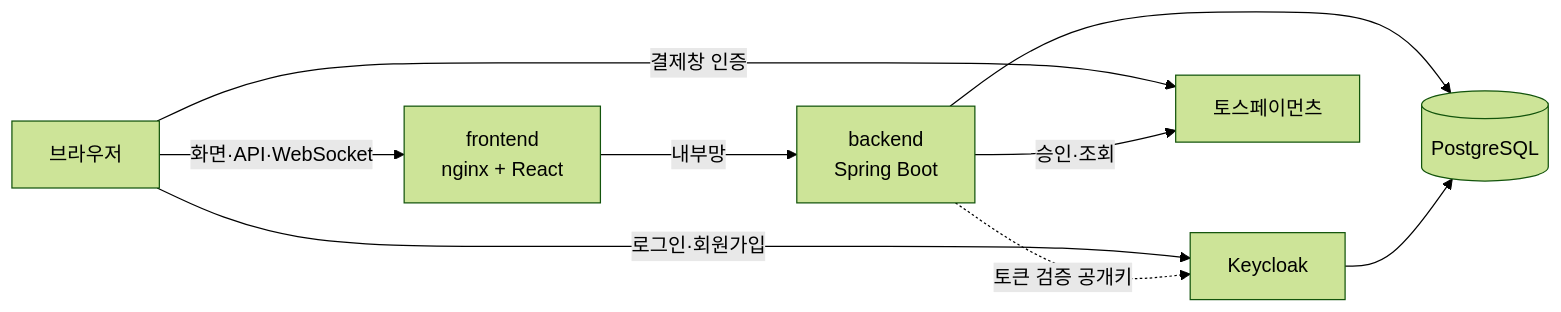
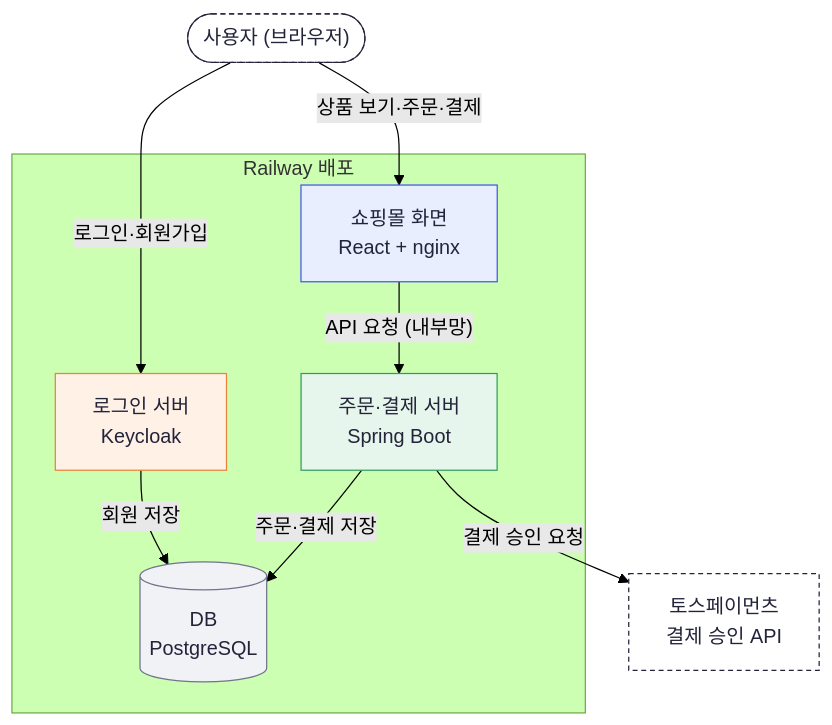
One commit to lee-gimoon/payment-service changed the diagram in README.md. Above: the diagram before and after it, drawn with Mermaid (forest theme). The commit also changed other lines of this file, not shown here.

Commit message:
docs: redraw the README system diagram top to bottom
Lay the services out top to bottom so arrows no longer cross, name each
box by its role (store page, order and payment server, login server),
color the roles, and move the payment window and token checks into the
text below the diagram.

````diff
--- a/README.md
+++ b/README.md
@@ -24,11 +24,31 @@
 ```mermaid
-flowchart LR
-    Browser["브라우저"] -->|"화면·API·WebSocket"| Front["frontend<br/>nginx + React"]
-    Front -->|"내부망"| Back["backend<br/>Spring Boot"]
-    Back --> DB[("PostgreSQL")]
-    Browser -->|"로그인·회원가입"| KC["Keycloak"]
-    KC --> DB
-    Browser -->|"결제창 인증"| Toss["토스페이먼츠"]
-    Back -->|"승인·조회"| Toss
-    Back -.->|"토큰 검증 공개키"| KC
+flowchart TB
+    user(["사용자 (브라우저)"])
+
+    subgraph railway["Railway 배포"]
+        front["쇼핑몰 화면<br/>React + nginx"]
+        auth["로그인 서버<br/>Keycloak"]
+        api["주문·결제 서버<br/>Spring Boot"]
+        db[("DB<br/>PostgreSQL")]
+    end
+
+    toss["토스페이먼츠<br/>결제 승인 API"]
+
+    user -->|"상품 보기·주문·결제"| front
+    user -->|"로그인·회원가입"| auth
+    front -->|"API 요청 (내부망)"| api
+    api -->|"주문·결제 저장"| db
+    auth -->|"회원 저장"| db
+    api -->|"결제 승인 요청"| toss
+
+    classDef web fill:#e9eeff,stroke:#4258e7,color:#23243a
+    classDef server fill:#e7f6ec,stroke:#2f9e5b,color:#23243a
+    classDef login fill:#fff1e6,stroke:#e8833a,color:#23243a
+    classDef store fill:#f1f2f6,stroke:#70748d,color:#23243a
+    classDef external fill:#ffffff,stroke:#23243a,color:#23243a,stroke-dasharray: 4 3
+    class front web
+    class api server
+    class auth login
+    class db store
+    class toss,user external
 ```
````
